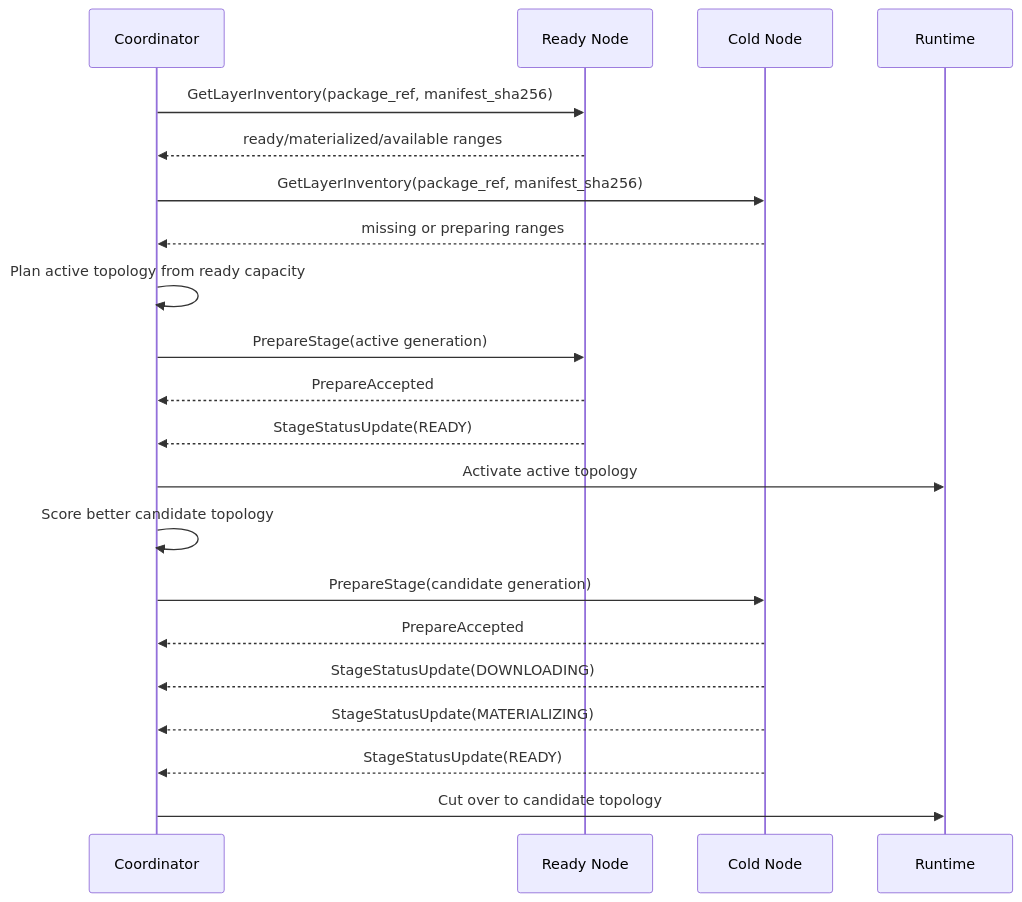
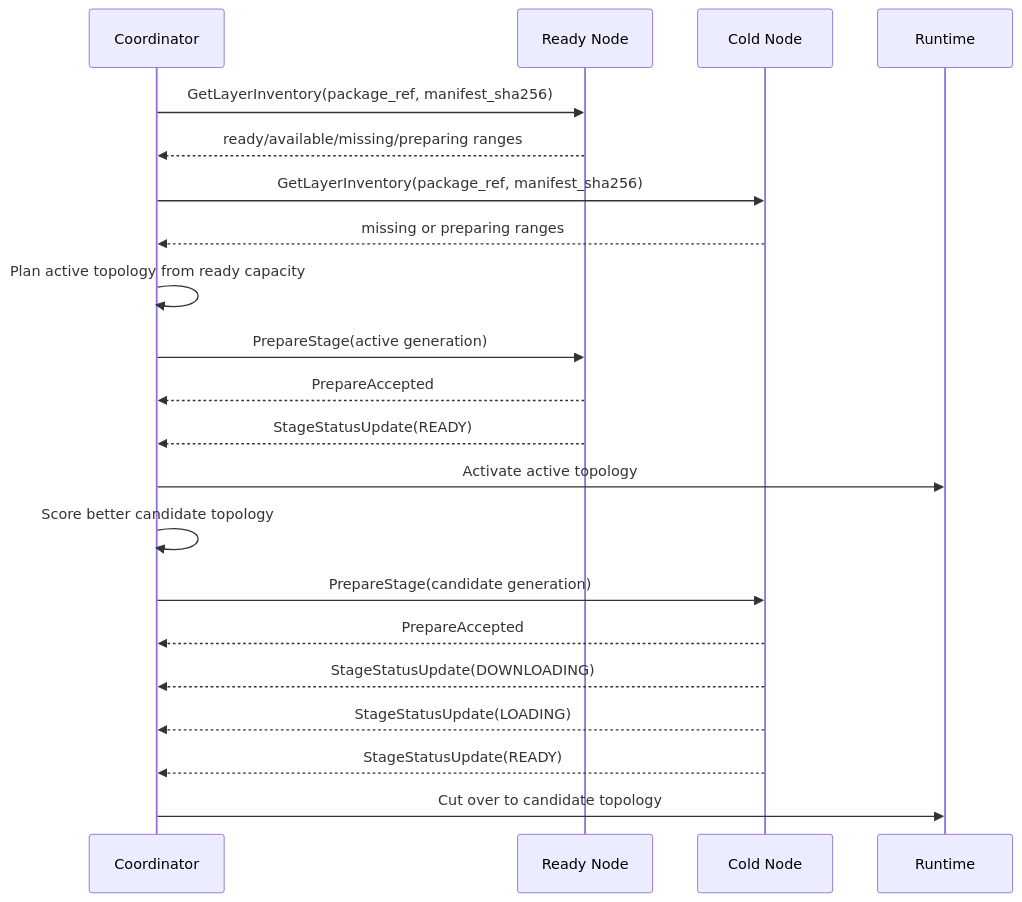
The fourth of 5 diagrams in docs/skippy/layer-inventory-pr-description.md (michaelneale/mesh-llm), drawn with Mermaid before and after one commit. The commit also changed other lines of this file and 5 other files, not shown here.

````diff
--- a/docs/skippy/layer-inventory-pr-description.md
+++ b/docs/skippy/layer-inventory-pr-description.md
@@ -207,26 +299,26 @@
 ```mermaid
 sequenceDiagram
     participant C as Coordinator
     participant A as Ready Node
     participant B as Cold Node
     participant R as Runtime
 
     C->>A: GetLayerInventory(package_ref, manifest_sha256)
-    A-->>C: ready/materialized/available ranges
+    A-->>C: ready/available/missing/preparing ranges
     C->>B: GetLayerInventory(package_ref, manifest_sha256)
     B-->>C: missing or preparing ranges
 
     C->>C: Plan active topology from ready capacity
     C->>A: PrepareStage(active generation)
     A-->>C: PrepareAccepted
     A-->>C: StageStatusUpdate(READY)
     C->>R: Activate active topology
 
     C->>C: Score better candidate topology
     C->>B: PrepareStage(candidate generation)
     B-->>C: PrepareAccepted
     B-->>C: StageStatusUpdate(DOWNLOADING)
-    B-->>C: StageStatusUpdate(MATERIALIZING)
+    B-->>C: StageStatusUpdate(LOADING)
     B-->>C: StageStatusUpdate(READY)
     C->>R: Cut over to candidate topology
 ```
````
